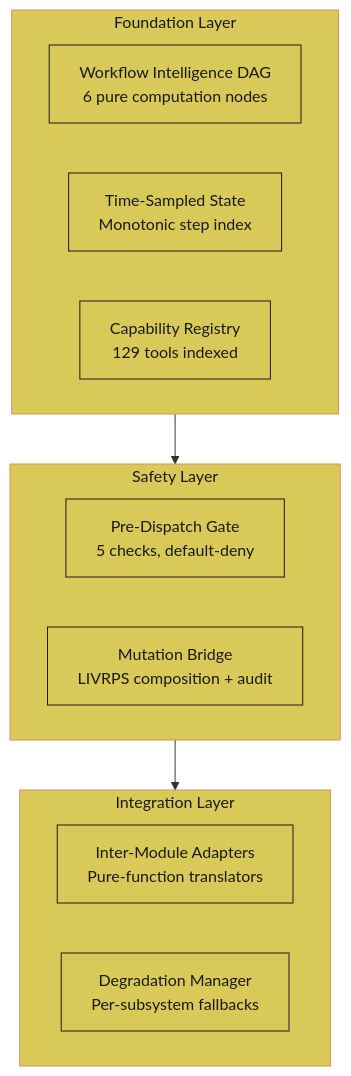
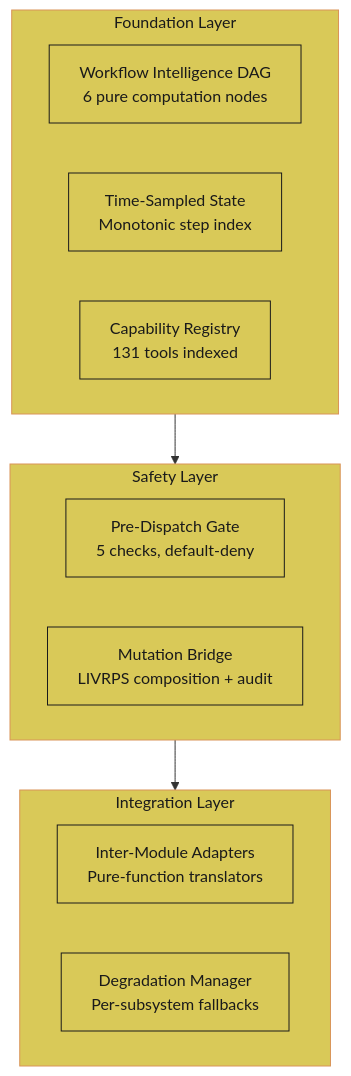
Before and after one commit to JosephOIbrahim/Comfy-Cozy: diagram 21 of 33 in README.md, drawn with Mermaid. The commit also changed other lines of this file, not shown here.

First line of the commit message:
[VERIFY] docs: README + provider diagram — NVIDIA Nemotron + runtime model swap

````diff
--- a/README.md
+++ b/README.md
@@ -957,28 +988,28 @@
 ```mermaid
 graph TB
     subgraph Foundation ["Foundation Layer"]
         DAG["Workflow Intelligence DAG<br/>6 pure computation nodes"]
         OBS["Time-Sampled State<br/>Monotonic step index"]
-        CAP["Capability Registry<br/>129 tools indexed"]
+        CAP["Capability Registry<br/>131 tools indexed"]
     end
 
     subgraph Safety ["Safety Layer"]
         GATE["Pre-Dispatch Gate<br/>5 checks, default-deny"]
         BRIDGE["Mutation Bridge<br/>LIVRPS composition + audit"]
     end
 
     subgraph Integration ["Integration Layer"]
         ADAPT["Inter-Module Adapters<br/>Pure-function translators"]
         DEGRADE["Degradation Manager<br/>Per-subsystem fallbacks"]
     end
 
     Foundation --> Safety --> Integration
 
     style Foundation fill:#d9c958,color:#1a1a1a,stroke:#d99458
     style Safety fill:#d9c958,color:#1a1a1a,stroke:#d99458
     style Integration fill:#d9c958,color:#1a1a1a,stroke:#d99458
 
     classDef orange fill:#d99458,color:#1a1a1a,stroke:#1a1a1a
     classDef yellow fill:#d9c958,color:#1a1a1a,stroke:#1a1a1a
     class DAG,OBS,CAP,GATE,BRIDGE,ADAPT,DEGRADE yellow
 ```
````
